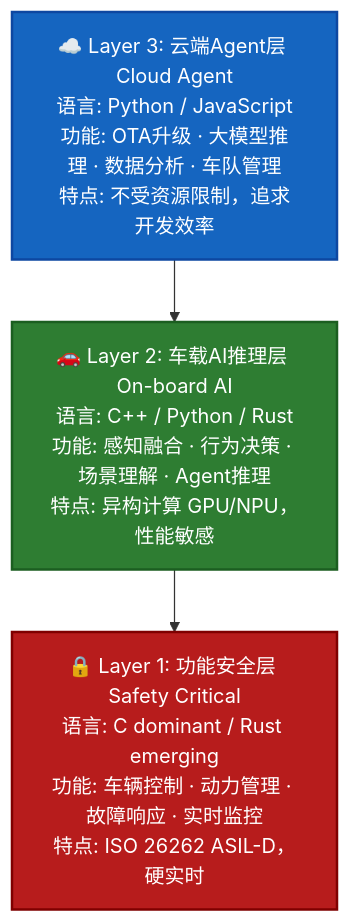
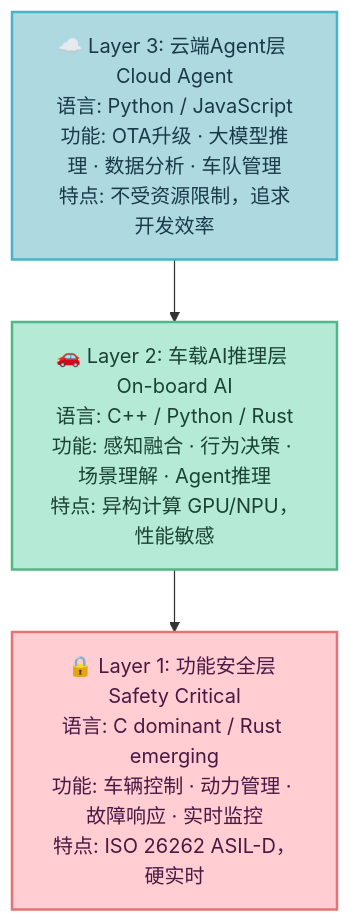
The second of 4 diagrams in source/_posts/2026-04-15-automotive-soc-agent-language-analysis.md (xuqi2024/xuqi2024.github.io), drawn with Mermaid before and after one commit. The commit also changed other lines of this file and 3 other files, not shown here.

First line of the commit message:
style: 将所有 Mermaid 图表配色改为马卡龙色系，修复节点换行显示

````diff
--- a/source/_posts/2026-04-15-automotive-soc-agent-language-analysis.md
+++ b/source/_posts/2026-04-15-automotive-soc-agent-language-analysis.md
@@ -135,12 +135,12 @@
 ```mermaid
 graph TB
     L3["☁️ Layer 3: 云端Agent层 Cloud Agent<br/>语言: Python / JavaScript<br/>功能: OTA升级 · 大模型推理 · 数据分析 · 车队管理<br/>特点: 不受资源限制，追求开发效率"]
     L2["🚗 Layer 2: 车载AI推理层 On-board AI<br/>语言: C++ / Python / Rust<br/>功能: 感知融合 · 行为决策 · 场景理解 · Agent推理<br/>特点: 异构计算 GPU/NPU，性能敏感"]
     L1["🔒 Layer 1: 功能安全层 Safety Critical<br/>语言: C dominant / Rust emerging<br/>功能: 车辆控制 · 动力管理 · 故障响应 · 实时监控<br/>特点: ISO 26262 ASIL-D，硬实时"]
 
     L3 --> L2 --> L1
 
-    style L3 fill:#1565C0,color:#fff,stroke:#0D47A1,stroke-width:2px
-    style L2 fill:#2E7D32,color:#fff,stroke:#1B5E20,stroke-width:2px
-    style L1 fill:#B71C1C,color:#fff,stroke:#7F0000,stroke-width:2px
+    style L3 fill:#AED9E0,color:#1A3A4A,stroke:#48B2C8,stroke-width:2px
+    style L2 fill:#B5EAD7,color:#1B4332,stroke:#52B788,stroke-width:2px
+    style L1 fill:#FFCDD2,color:#4A1942,stroke:#E57373,stroke-width:2px
 ```
````
